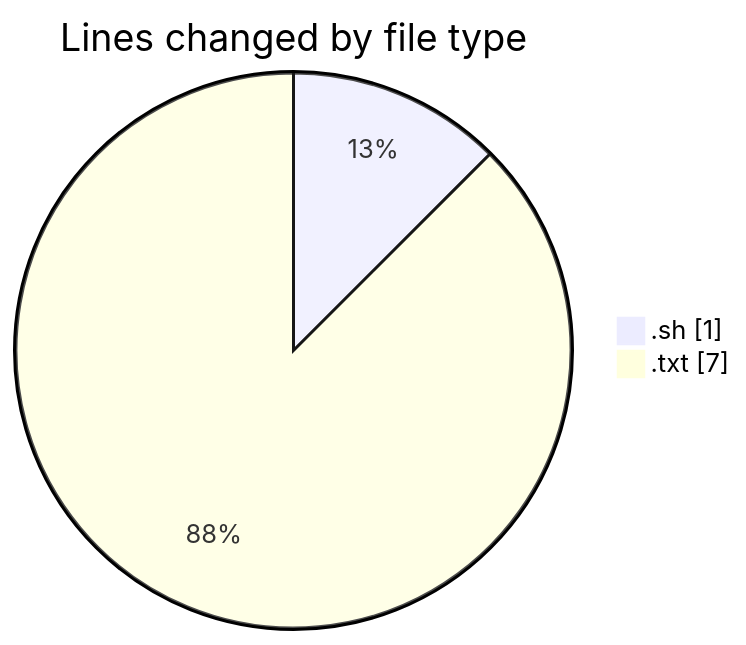
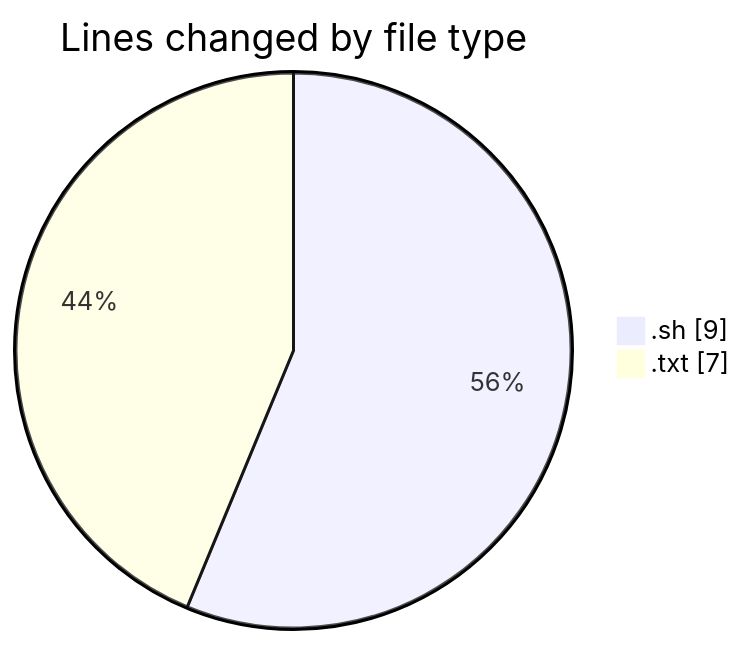
One commit to ricardozamudiocil/code-tracking changed the first of 2 diagrams in 2026-11-12/scripts/README.md. Above: the diagram before and after it, drawn with Mermaid. The commit also changed other lines of this file and 1 other file, not shown here.

````diff
--- a/2026-11-12/scripts/README.md
+++ b/2026-11-12/scripts/README.md
@@ -21,6 +21,6 @@
 ```mermaid
 pie showData
 title Lines changed by file type
-".sh" : 1
+".sh" : 9
 ".txt" : 7
 ```
````
